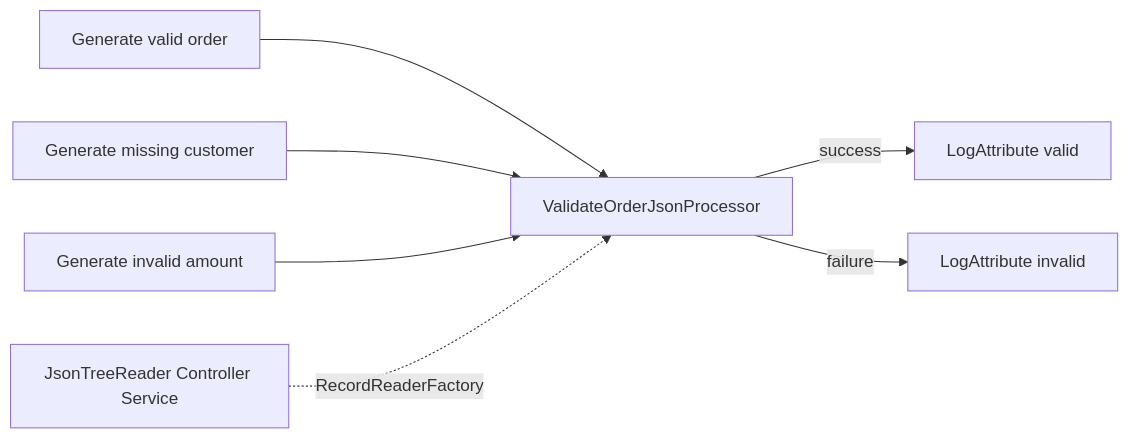
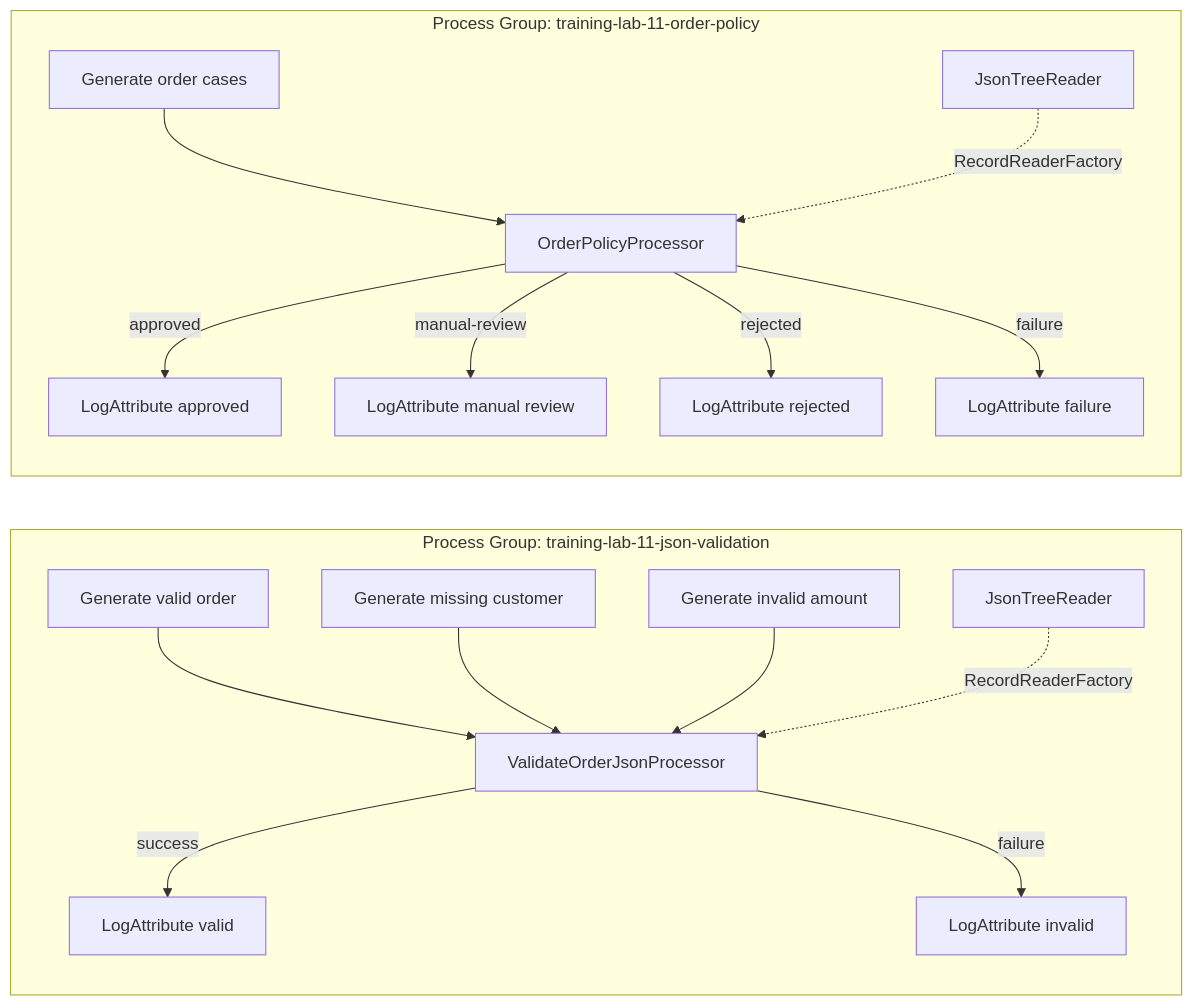
Before and after one commit to Ting-s515/nifi-training: the diagram in docs/nifi-training/11-00-custom-processor-spi.md, drawn with Mermaid. The commit also changed other lines of this file and 14 other files, not shown here.

First line of the commit message:
feat(nifi): 擴充 Lab 11 客製化 Processor

````diff
--- a/docs/nifi-training/11-00-custom-processor-spi.md
+++ b/docs/nifi-training/11-00-custom-processor-spi.md
@@ -14,9 +15,19 @@
 ```mermaid
 flowchart LR
-    valid["Generate valid order"] --> validator["ValidateOrderJsonProcessor"]
-    missing["Generate missing customer"] --> validator
-    amount["Generate invalid amount"] --> validator
-    reader["JsonTreeReader Controller Service"] -. "RecordReaderFactory" .-> validator
-    validator -->|"success"| validLog["LogAttribute valid"]
-    validator -->|"failure"| invalidLog["LogAttribute invalid"]
+    subgraph validation["Process Group: training-lab-11-json-validation"]
+        valid["Generate valid order"] --> validator["ValidateOrderJsonProcessor"]
+        missing["Generate missing customer"] --> validator
+        invalidAmount["Generate invalid amount"] --> validator
+        validationReader["JsonTreeReader"] -. "RecordReaderFactory" .-> validator
+        validator -->|"success"| validLog["LogAttribute valid"]
+        validator -->|"failure"| invalidLog["LogAttribute invalid"]
+    end
+    subgraph policy["Process Group: training-lab-11-order-policy"]
+        policyInput["Generate order cases"] --> policyProcessor["OrderPolicyProcessor"]
+        policyReader["JsonTreeReader"] -. "RecordReaderFactory" .-> policyProcessor
+        policyProcessor -->|"approved"| approvedLog["LogAttribute approved"]
+        policyProcessor -->|"manual-review"| reviewLog["LogAttribute manual review"]
+        policyProcessor -->|"rejected"| rejectedLog["LogAttribute rejected"]
+        policyProcessor -->|"failure"| policyFailureLog["LogAttribute failure"]
+    end
 ```
````
